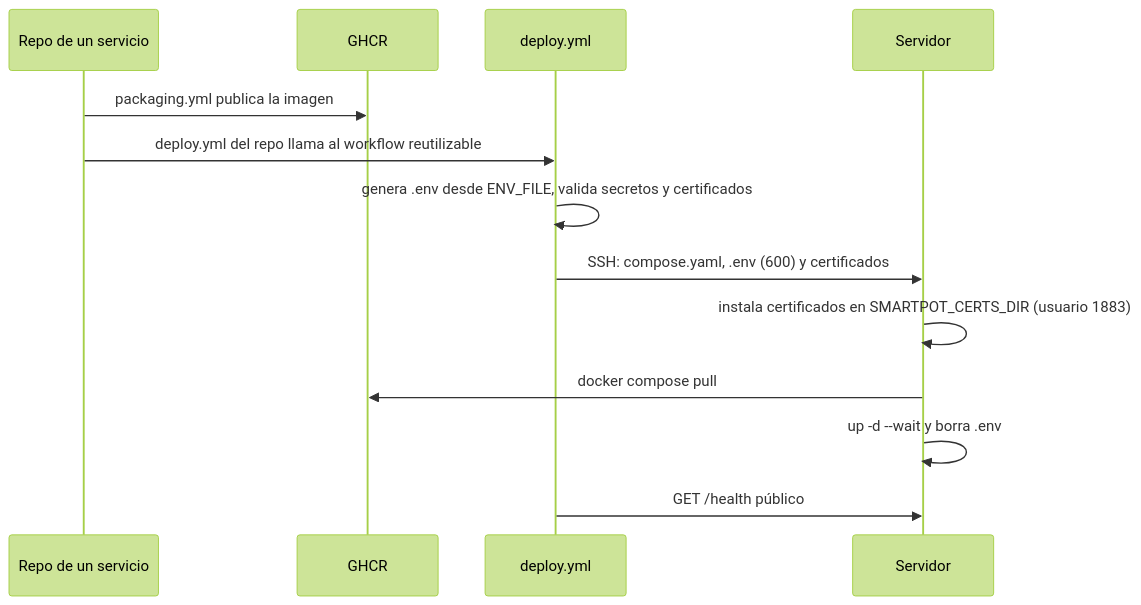
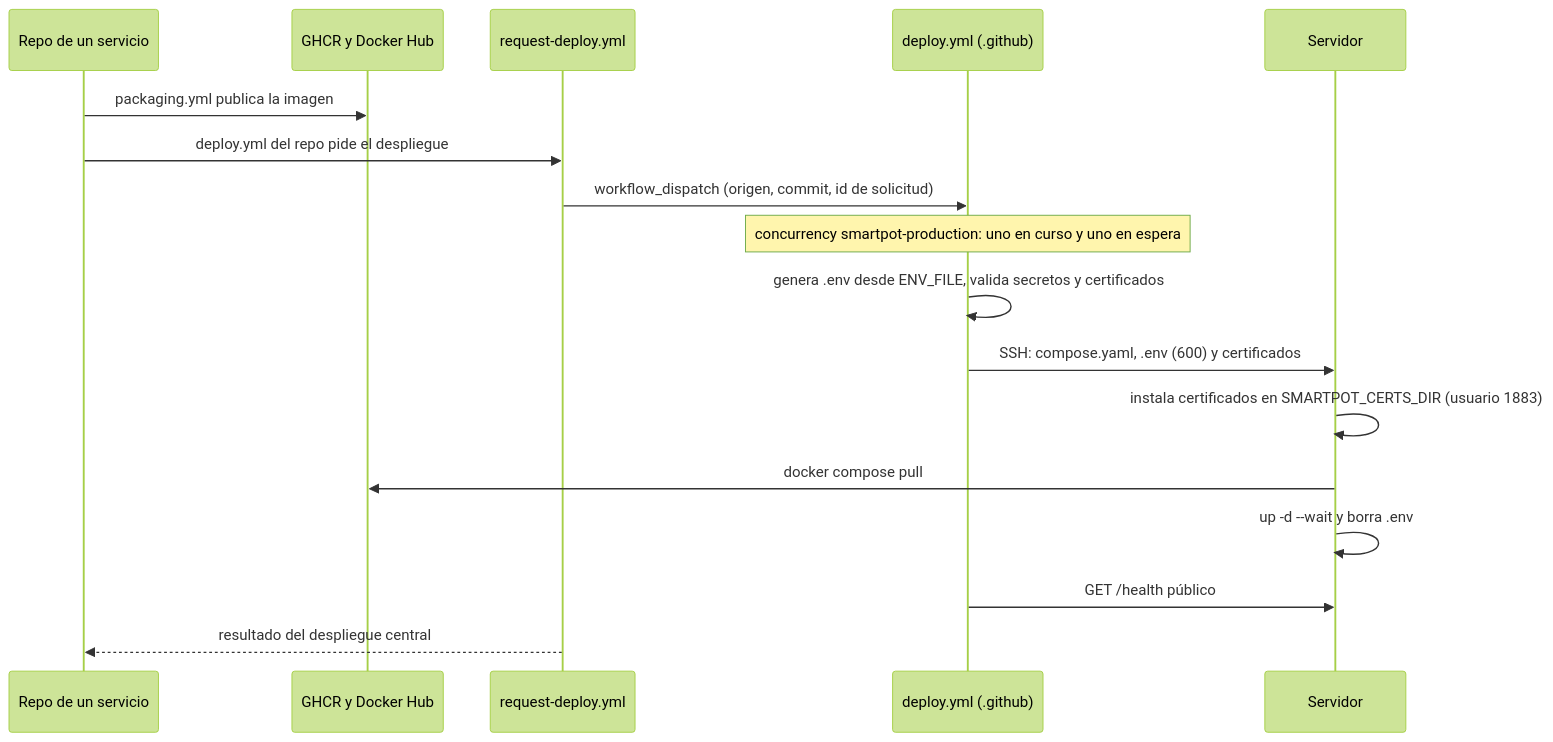
One commit to SmartPotTech/.github changed the second of 2 diagrams in docker/production/README.md. Above: the diagram before and after it, drawn with Mermaid (forest theme). The commit also changed other lines of this file, not shown here.

Commit message:
Document the central deployment queue and secrets split

````diff
--- a/docker/production/README.md
+++ b/docker/production/README.md
@@ -73,15 +73,19 @@
 ```mermaid
 sequenceDiagram
   participant R as Repo de un servicio
-  participant G as GHCR
-  participant D as deploy.yml
+  participant G as GHCR y Docker Hub
+  participant Q as request-deploy.yml
+  participant D as deploy.yml (.github)
   participant S as Servidor
   R->>G: packaging.yml publica la imagen
-  R->>D: deploy.yml del repo llama al workflow reutilizable
+  R->>Q: deploy.yml del repo pide el despliegue
+  Q->>D: workflow_dispatch (origen, commit, id de solicitud)
+  Note over D: concurrency smartpot-production: uno en curso y uno en espera
   D->>D: genera .env desde ENV_FILE, valida secretos y certificados
   D->>S: SSH: compose.yaml, .env (600) y certificados
   S->>S: instala certificados en SMARTPOT_CERTS_DIR (usuario 1883)
   S->>G: docker compose pull
   S->>S: up -d --wait y borra .env
   D->>S: GET /health público
+  Q-->>R: resultado del despliegue central
 ```
````
